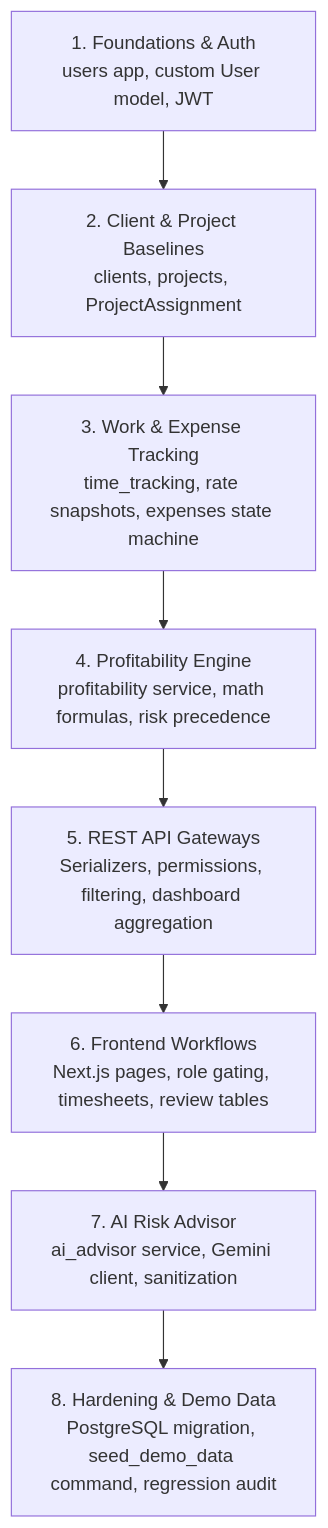
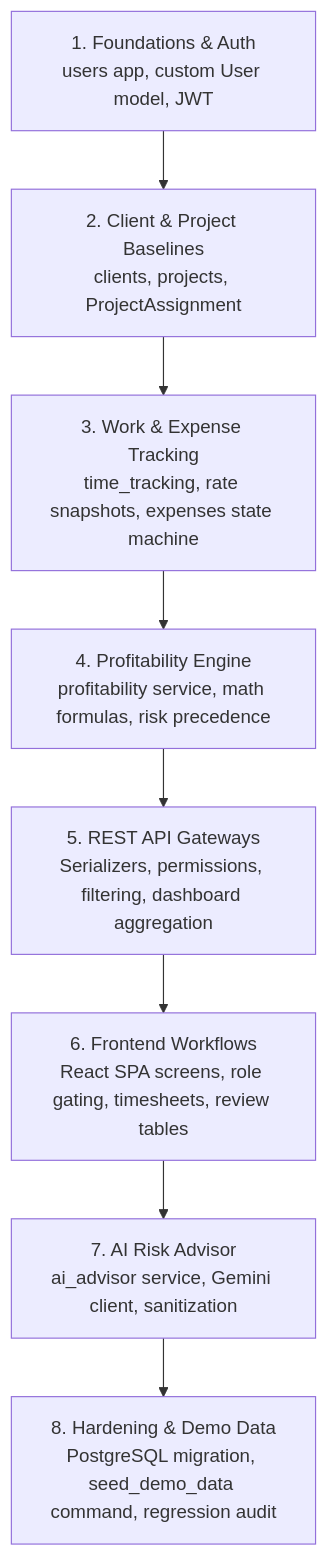
One commit to RafiAwes/margin_watch_ai changed the fourth of 4 diagrams in docs/backend/backend-apps-and-data-models.md. Above: the diagram before and after it, drawn with Mermaid. The commit also changed other lines of this file and 56 other files, not shown here.

````diff
--- a/docs/backend/backend-apps-and-data-models.md
+++ b/docs/backend/backend-apps-and-data-models.md
@@ -483,10 +483,10 @@
 ```mermaid
 flowchart TD
     M1[1. Foundations & Auth<br/>users app, custom User model, JWT] --> M2[2. Client & Project Baselines<br/>clients, projects, ProjectAssignment]
     M2 --> M3[3. Work & Expense Tracking<br/>time_tracking, rate snapshots, expenses state machine]
     M3 --> M4[4. Profitability Engine<br/>profitability service, math formulas, risk precedence]
     M4 --> M5[5. REST API Gateways<br/>Serializers, permissions, filtering, dashboard aggregation]
-    M5 --> M6[6. Frontend Workflows<br/>Next.js pages, role gating, timesheets, review tables]
+    M5 --> M6[6. Frontend Workflows<br/>React SPA screens, role gating, timesheets, review tables]
     M6 --> M7[7. AI Risk Advisor<br/>ai_advisor service, Gemini client, sanitization]
     M7 --> M8[8. Hardening & Demo Data<br/>PostgreSQL migration, seed_demo_data command, regression audit]
 ```
````
